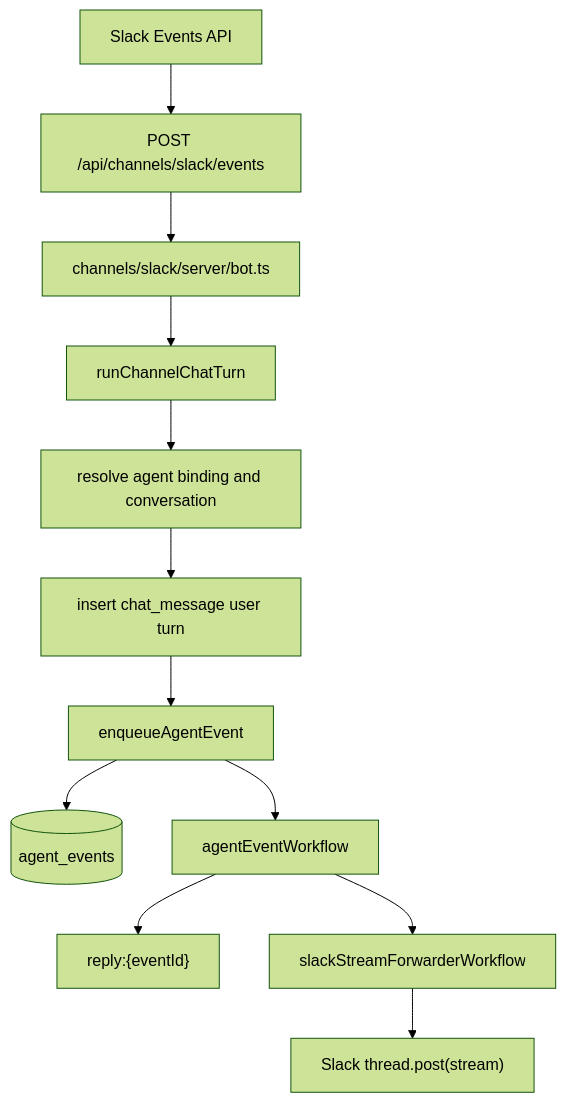
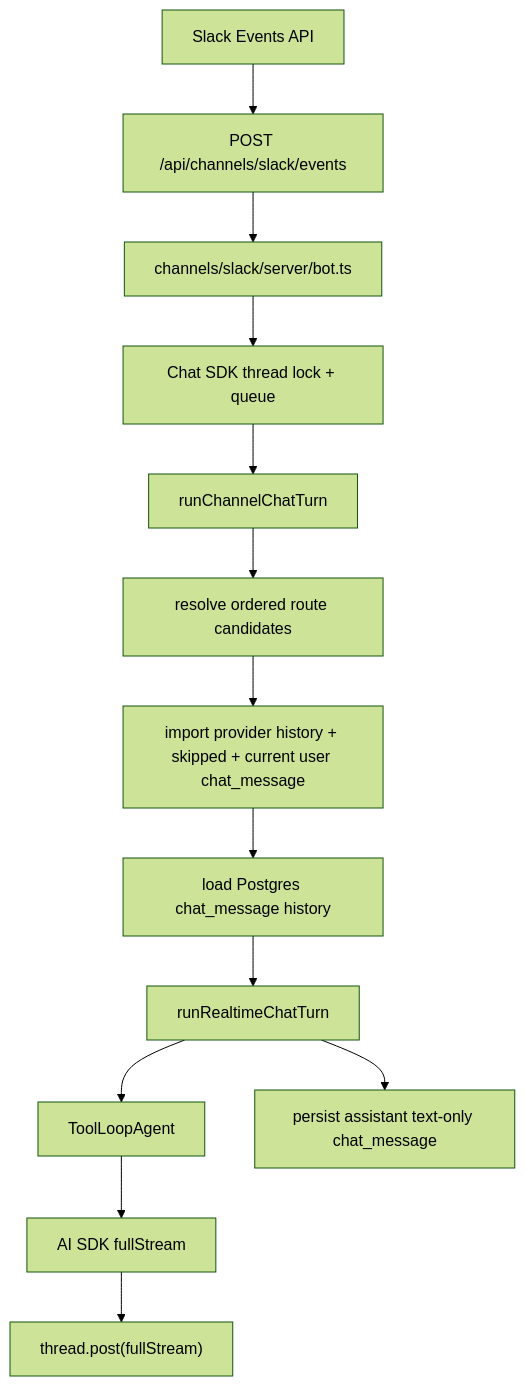
Before and after one commit to TommyBez/outname: the diagram in docs/SLACK_INTEGRATION.md, drawn with Mermaid (forest theme). The commit also changed other lines of this file and 67 other files, not shown here.

First line of the commit message:
refactor(chat): realtime ToolLoopAgent for web and Slack (#127)

````diff
--- a/docs/SLACK_INTEGRATION.md
+++ b/docs/SLACK_INTEGRATION.md
@@ -9,14 +10,15 @@
 ```mermaid
 flowchart TD
   Slack[Slack Events API] --> Route["POST /api/channels/slack/events"]
   Route --> Bot["channels/slack/server/bot.ts"]
-  Bot --> Dispatch["runChannelChatTurn"]
-  Dispatch --> Routing["resolve agent binding and conversation"]
-  Routing --> Messages["insert chat_message user turn"]
-  Messages --> Enqueue["enqueueAgentEvent"]
-  Enqueue --> Ledger[("agent_events")]
-  Enqueue --> AgentWorkflow["agentEventWorkflow"]
-  AgentWorkflow --> Stream["reply:{eventId}"]
-  AgentWorkflow --> Forwarder["slackStreamForwarderWorkflow"]
-  Forwarder --> Thread["Slack thread.post(stream)"]
+  Bot --> ChatSDK["Chat SDK thread lock + queue"]
+  ChatSDK --> Dispatch["runChannelChatTurn"]
+  Dispatch --> Routing["resolve ordered route candidates"]
+  Routing --> Messages["import provider history + skipped + current user chat_message"]
+  Messages --> Canonical["load Postgres chat_message history"]
+  Canonical --> Runner["runRealtimeChatTurn"]
+  Runner --> Agent["ToolLoopAgent"]
+  Agent --> Stream["AI SDK fullStream"]
+  Stream --> Thread["thread.post(fullStream)"]
+  Runner --> Persist["persist assistant text-only chat_message"]
 ```
````
